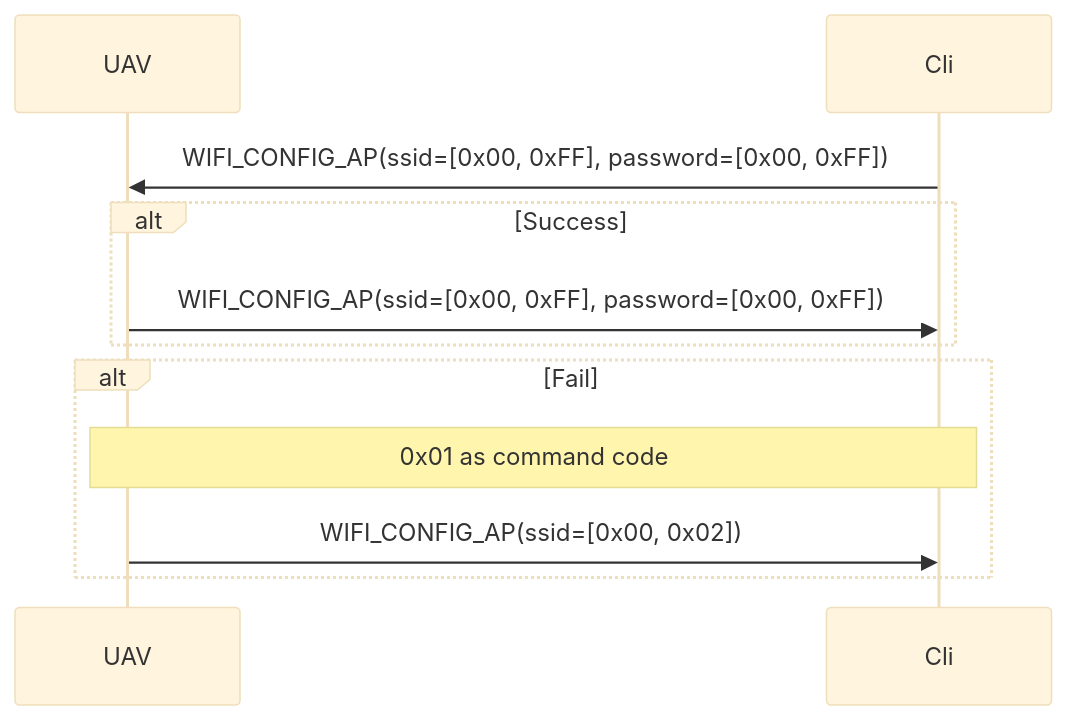
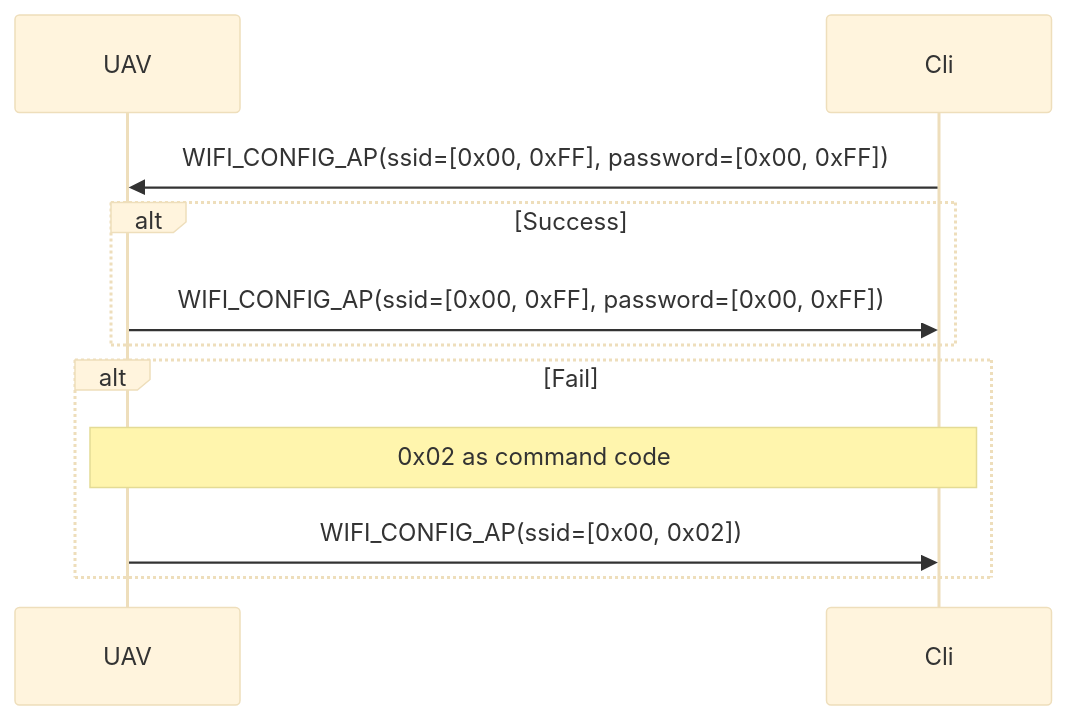
One commit to geoscan/pioneer_sdk changed the second of 4 diagrams in pioneer_sdk/mavsub/README.md. Above: the diagram before and after it, drawn with Mermaid (base theme). The commit also changed other lines of this file, not shown here.

````diff
--- a/pioneer_sdk/mavsub/README.md
+++ b/pioneer_sdk/mavsub/README.md
@@ -74,15 +75,15 @@
 ```mermaid
 sequenceDiagram
 	participant UAV
 	participant Cli
 	Cli ->> UAV: WIFI_CONFIG_AP(ssid=[0x00, 0xFF], password=[0x00, 0xFF])
 
 	alt Success
 		UAV ->> Cli: WIFI_CONFIG_AP(ssid=[0x00, 0xFF], password=[0x00, 0xFF])
 	end
 
 	alt Fail
-		note over UAV, Cli: 0x01 as command code
+		note over UAV, Cli: 0x02 as command code
 		UAV ->> Cli: WIFI_CONFIG_AP(ssid=[0x00, 0x02])
 	end
 ```
````
